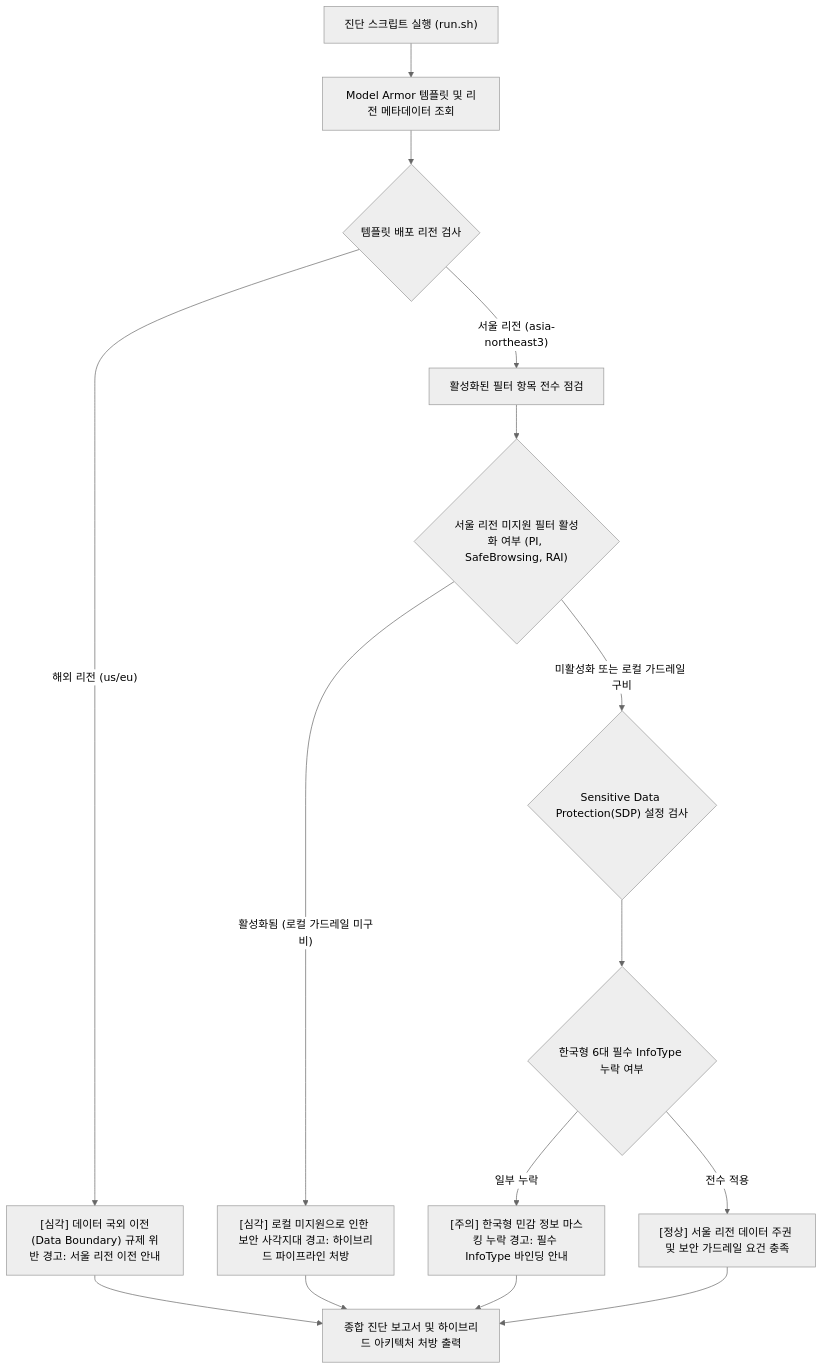
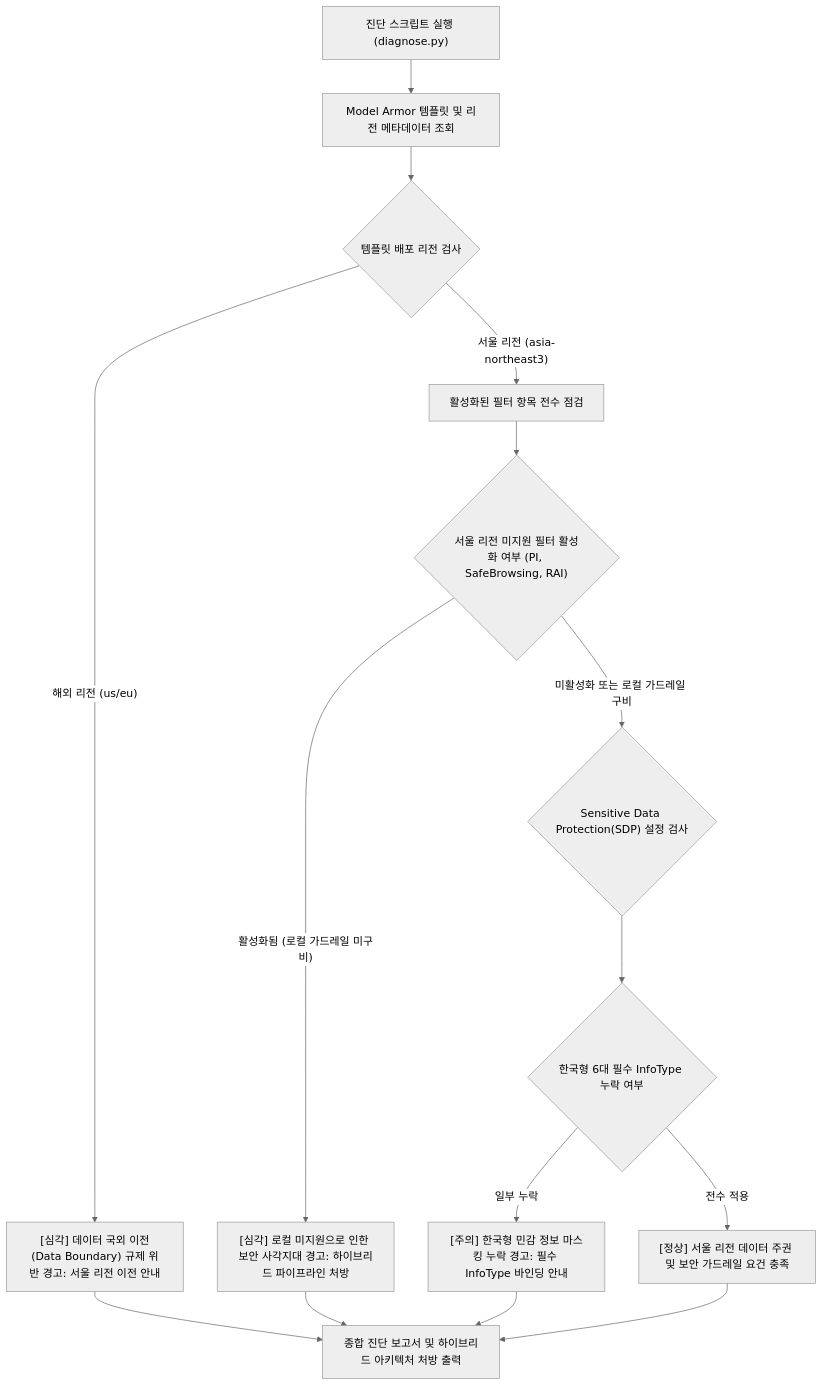
One commit to jiangjun-forge/google-cloud-0-to-1 changed the diagram in samples/model-armor-regional-compliance-guard/README.md. Above: the diagram before and after it, drawn with Mermaid (neutral theme). The commit also changed other lines of this file and 180 other files, not shown here.

````diff
--- a/samples/model-armor-regional-compliance-guard/README.md
+++ b/samples/model-armor-regional-compliance-guard/README.md
@@ -37,21 +37,21 @@
 ```mermaid
 flowchart TD
-    Start["진단 스크립트 실행 (run.sh)"] --> FetchTemplate["Model Armor 템플릿 및 리전 메타데이터 조회"]
+    Start["진단 스크립트 실행 (diagnose.py)"] --> FetchTemplate["Model Armor 템플릿 및 리전 메타데이터 조회"]
     FetchTemplate --> CheckLocation{"템플릿 배포 리전 검사"}
     
     CheckLocation -->|"해외 리전 (us/eu)"| CriticalResidency["[심각] 데이터 국외 이전(Data Boundary) 규제 위반 경고: 서울 리전 이전 안내"]
     CheckLocation -->|"서울 리전 (asia-northeast3)"| CheckFilters["활성화된 필터 항목 전수 점검"]
     
     CheckFilters --> CheckUnsupported{"서울 리전 미지원 필터 활성화 여부 (PI, SafeBrowsing, RAI)"}
     CheckUnsupported -->|"활성화됨 (로컬 가드레일 미구비)"| CriticalGap["[심각] 로컬 미지원으로 인한 보안 사각지대 경고: 하이브리드 파이프라인 처방"]
     CheckUnsupported -->|"미활성화 또는 로컬 가드레일 구비"| CheckSDP{"Sensitive Data Protection(SDP) 설정 검사"}
     
     CheckSDP --> CheckKoreaInfoTypes{"한국형 6대 필수 InfoType 누락 여부"}
     CheckKoreaInfoTypes -->|"일부 누락"| WarnInfoTypes["[주의] 한국형 민감 정보 마스킹 누락 경고: 필수 InfoType 바인딩 안내"]
     CheckKoreaInfoTypes -->|"전수 적용"| HealthyPass["[정상] 서울 리전 데이터 주권 및 보안 가드레일 요건 충족"]
     
     CriticalResidency --> GenerateReport["종합 진단 보고서 및 하이브리드 아키텍처 처방 출력"]
     CriticalGap --> GenerateReport
     WarnInfoTypes --> GenerateReport
     HealthyPass --> GenerateReport
 ```
````
